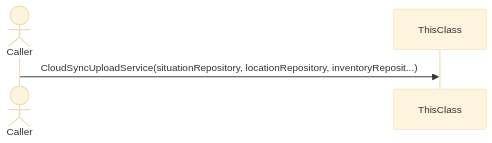
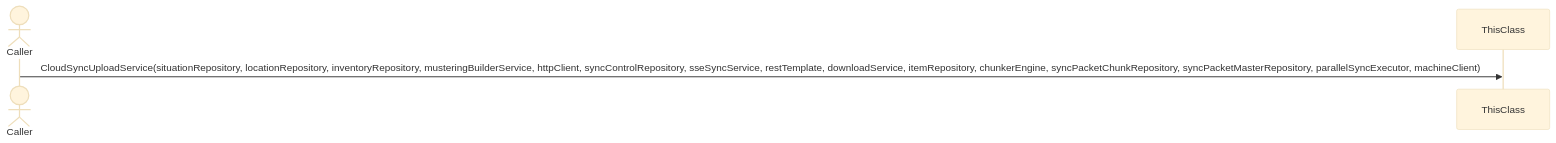
One commit to FelipeMCassiano/geanky changed the second of 16 diagrams in docs/CloudSyncUploadService.md. Above: the diagram before and after it, drawn with Mermaid (base theme). The commit also changed other lines of this file and 6 other files, not shown here.

````diff
--- a/docs/CloudSyncUploadService.md
+++ b/docs/CloudSyncUploadService.md
@@ -239,8 +239,8 @@
 ```mermaid
 sequenceDiagram
     actor Caller
     participant ThisClass
 
-    Caller->>ThisClass: CloudSyncUploadService(situationRepository, locationRepository, inventoryReposit...)
+    Caller->>ThisClass: CloudSyncUploadService(situationRepository, locationRepository, inventoryRepository, musteringBuilderService, httpClient, syncControlRepository, sseSyncService, restTemplate, downloadService, itemRepository, chunkerEngine, syncPacketChunkRepository, syncPacketMasterRepository, parallelSyncExecutor, machineClient)
 
 ```
````
